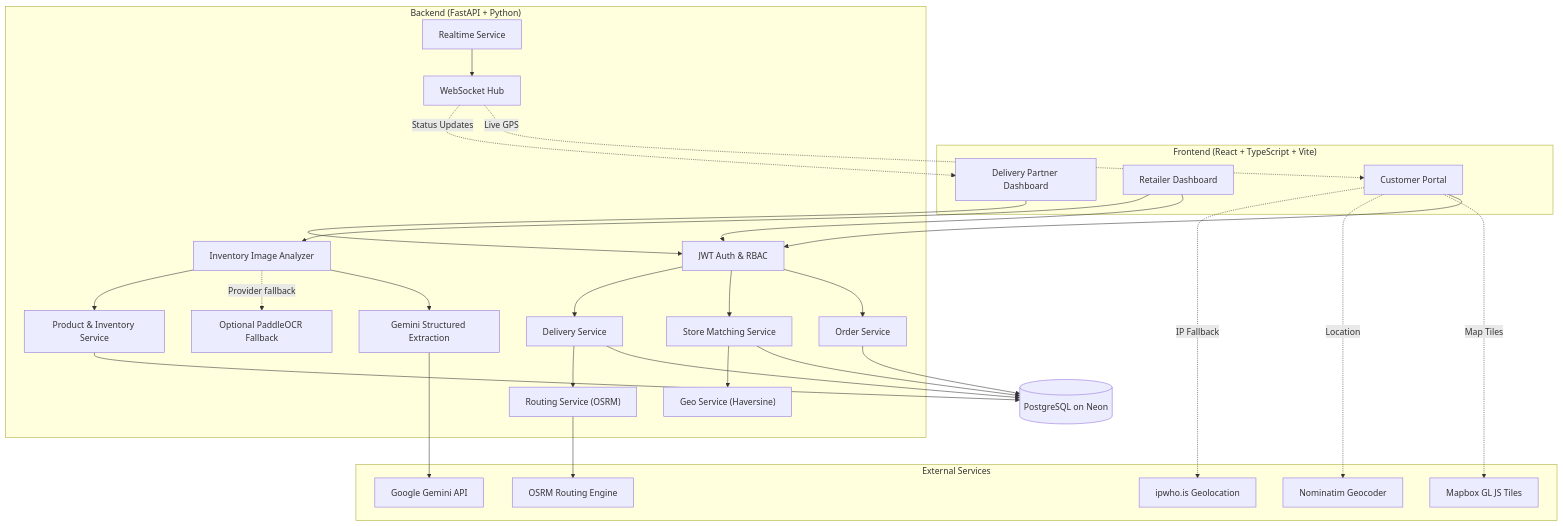
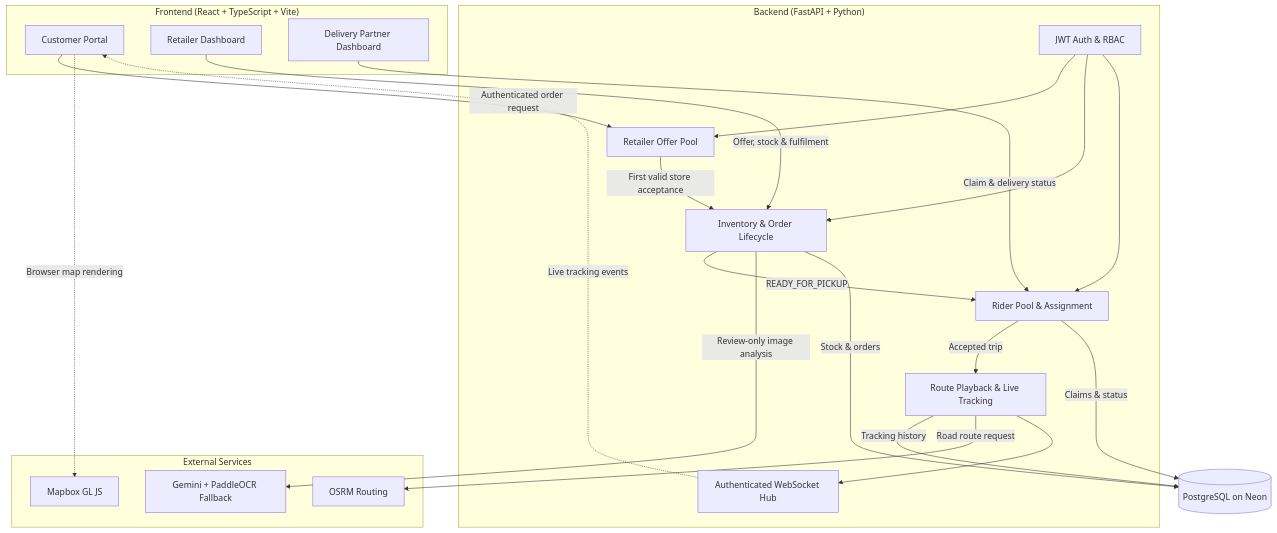
One commit to kapil31jangid/Dukaan2Door changed the first of 2 diagrams in README.md. Above: the diagram before and after it, drawn with Mermaid. The commit also changed other lines of this file and 86 other files, not shown here.

First line of the commit message:
feat: complete pooled fulfillment and route tracking

````diff
--- a/README.md
+++ b/README.md
@@ -122,58 +123,43 @@
 ```mermaid
 flowchart TB
     subgraph Frontend["Frontend (React + TypeScript + Vite)"]
         Customer["Customer Portal"]
         Retailer["Retailer Dashboard"]
         Partner["Delivery Partner Dashboard"]
     end
 
     subgraph Backend["Backend (FastAPI + Python)"]
         Auth["JWT Auth & RBAC"]
-        OrderSvc["Order Service"]
-        MatchSvc["Store Matching Service"]
-        DeliverySvc["Delivery Service"]
-        RouteSvc["Routing Service (OSRM)"]
-        GeoSvc["Geo Service (Haversine)"]
-        ProductSvc["Product & Inventory Service"]
-        OCRSvc["Inventory Image Analyzer"]
-        Gemini["Gemini Structured Extraction"]
-        Paddle["Optional PaddleOCR Fallback"]
-        RealtimeSvc["Realtime Service"]
-        WS["WebSocket Hub"]
+        RetailerPool["Retailer Offer Pool"]
+        InventoryOrders["Inventory & Order Lifecycle"]
+        RiderPool["Rider Pool & Assignment"]
+        RouteTracking["Route Playback & Live Tracking"]
+        WS["Authenticated WebSocket Hub"]
     end
 
     subgraph External["External Services"]
-        OSRM["OSRM Routing Engine"]
-        GeminiAPI["Google Gemini API"]
-        Mapbox["Mapbox GL JS Tiles"]
-        Nominatim["Nominatim Geocoder"]
-        IPGeo["ipwho.is Geolocation"]
+        Gemini["Gemini + PaddleOCR Fallback"]
+        OSRM["OSRM Routing"]
+        Mapbox["Mapbox GL JS"]
     end
 
     DB[("PostgreSQL on Neon")]
 
-    Customer --> Auth
-    Retailer --> Auth
-    Partner --> Auth
-    Auth --> OrderSvc
-    Auth --> MatchSvc
-    Auth --> DeliverySvc
-    OrderSvc --> DB
-    MatchSvc --> DB
-    MatchSvc --> GeoSvc
-    DeliverySvc --> DB
-    DeliverySvc --> RouteSvc
-    RouteSvc --> OSRM
-    ProductSvc --> DB
-    Retailer --> OCRSvc
-    OCRSvc --> Gemini
-    Gemini --> GeminiAPI
-    OCRSvc -.->|"Provider fallback"| Paddle
-    OCRSvc --> ProductSvc
-    RealtimeSvc --> WS
-    WS -.->|"Live GPS"| Customer
-    WS -.->|"Status Updates"| Partner
-    Customer -.->|"Map Tiles"| Mapbox
-    Customer -.->|"Location"| Nominatim
-    Customer -.->|"IP Fallback"| IPGeo
+    Customer -->|"Authenticated order request"| RetailerPool
+    Retailer -->|"Offer, stock & fulfilment"| InventoryOrders
+    Partner -->|"Claim & delivery status"| RiderPool
+    Auth --> RetailerPool
+    Auth --> InventoryOrders
+    Auth --> RiderPool
+    RetailerPool -->|"First valid store acceptance"| InventoryOrders
+    InventoryOrders -->|"READY_FOR_PICKUP"| RiderPool
+    RiderPool -->|"Accepted trip"| RouteTracking
+    InventoryOrders -->|"Review-only image analysis"| Gemini
+    InventoryOrders -->|"Stock & orders"| DB
+    RiderPool -->|"Claims & status"| DB
+    RouteTracking -->|"Tracking history"| DB
+    RouteTracking -->|"Road route request"| OSRM
+    RouteTracking --> WS
+    WS -.->|"Live tracking events"| Customer
+    Customer -.->|"Browser map rendering"| Mapbox
 ```
````
